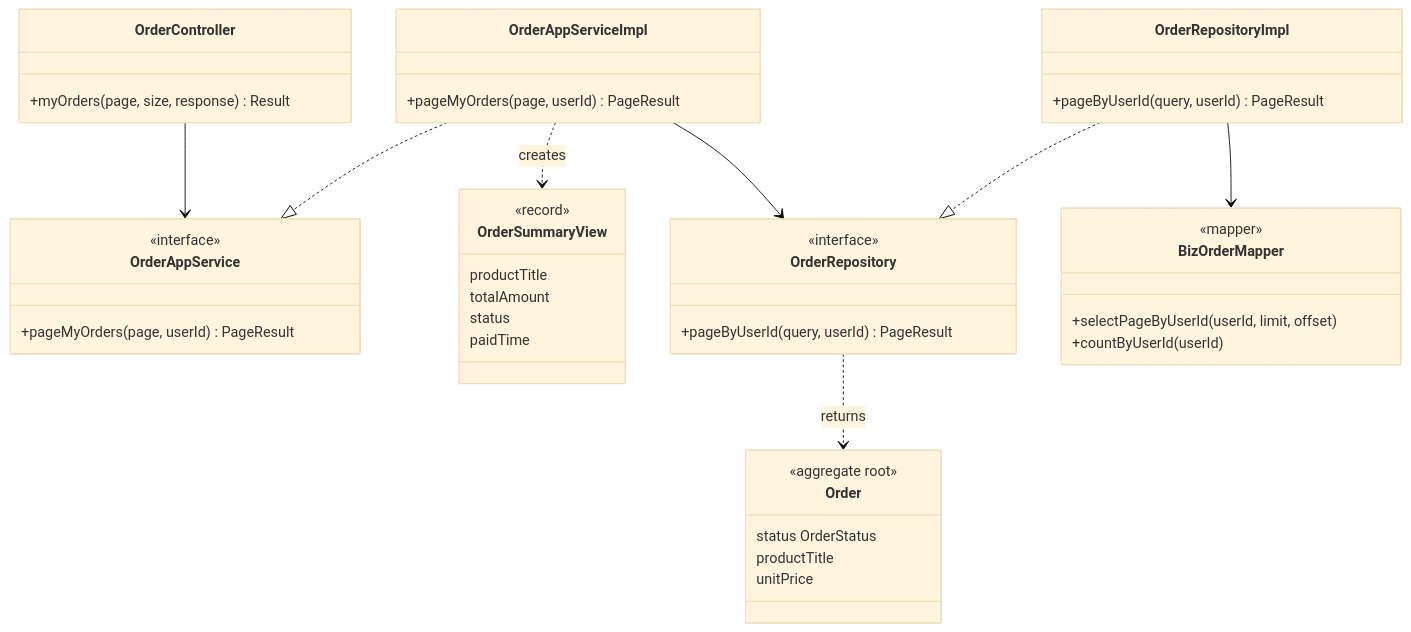
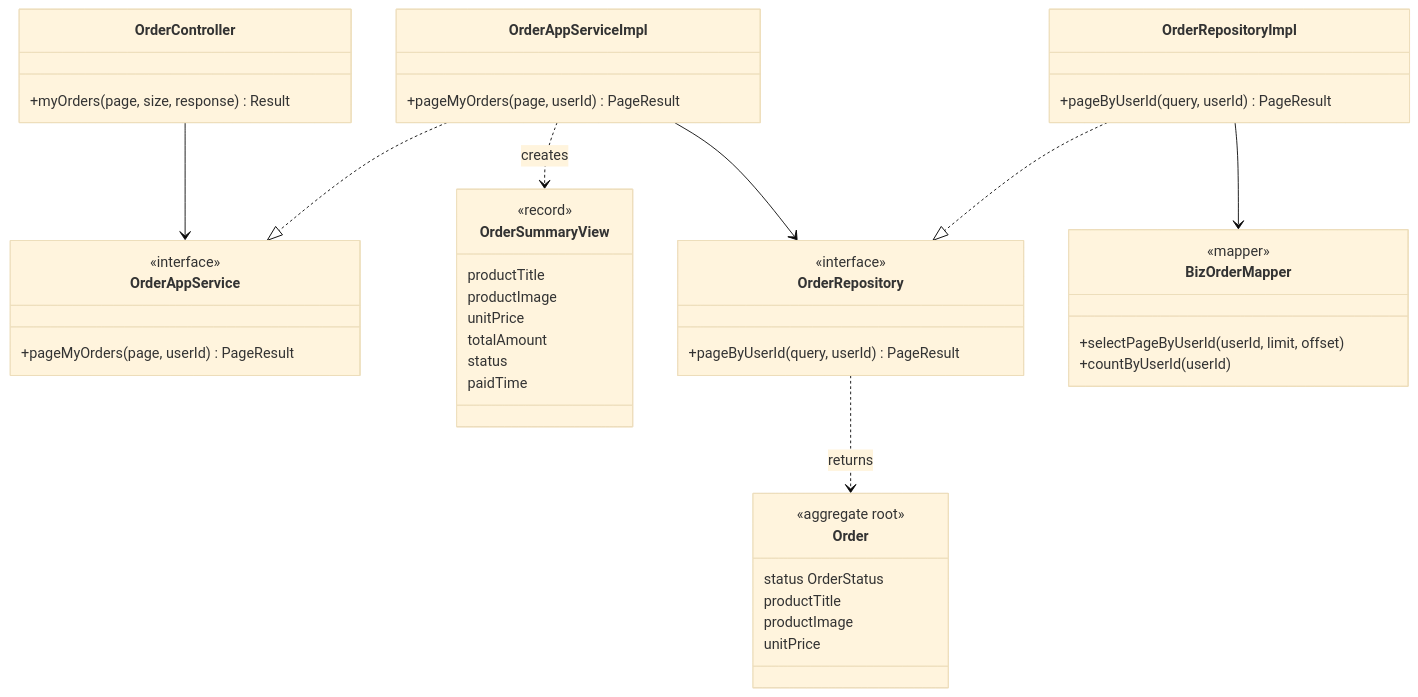
One commit to PPsyrius/iss-groupbuy-team8 changed the tenth of 19 diagrams in docs/swe5006/report/sections/03-4-4-lim.md. Above: the diagram before and after it, drawn with Mermaid (base theme). The commit also changed 6 other files, not shown here.

````diff
--- a/docs/swe5006/report/sections/03-4-4-lim.md
+++ b/docs/swe5006/report/sections/03-4-4-lim.md
@@ -456,54 +456,57 @@
 ```mermaid
 classDiagram
     direction TB
     class OrderController {
         +myOrders(page, size, response) Result
     }
     class OrderAppService {
         <<interface>>
         +pageMyOrders(page, userId) PageResult
     }
     class OrderAppServiceImpl {
         +pageMyOrders(page, userId) PageResult
     }
     class OrderSummaryView {
         <<record>>
         productTitle
+        productImage
+        unitPrice
         totalAmount
         status
         paidTime
     }
     class OrderRepository {
         <<interface>>
         +pageByUserId(query, userId) PageResult
     }
     class OrderRepositoryImpl {
         +pageByUserId(query, userId) PageResult
     }
     class BizOrderMapper {
         <<mapper>>
         +selectPageByUserId(userId, limit, offset)
         +countByUserId(userId)
     }
     class Order {
         <<aggregate root>>
         status OrderStatus
         productTitle
+        productImage
         unitPrice
     }
     OrderController --> OrderAppService
     OrderAppServiceImpl ..|> OrderAppService
     OrderAppServiceImpl --> OrderRepository
     OrderAppServiceImpl ..> OrderSummaryView : creates
     OrderRepositoryImpl ..|> OrderRepository
     OrderRepositoryImpl --> BizOrderMapper
     OrderRepository ..> Order : returns
     %% at OrderController 0,0
     %% at OrderAppService 0,1
     %% at OrderAppServiceImpl 0,2
     %% at OrderSummaryView 1,1
     %% at OrderRepository 0,3
     %% at Order 1,3
     %% at OrderRepositoryImpl 0,4
     %% at BizOrderMapper 0,5
 ```
````
